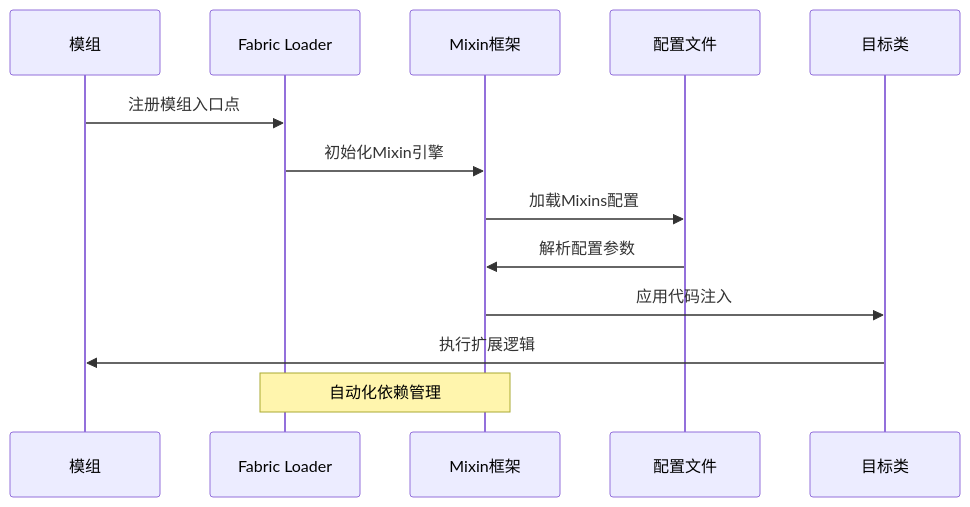
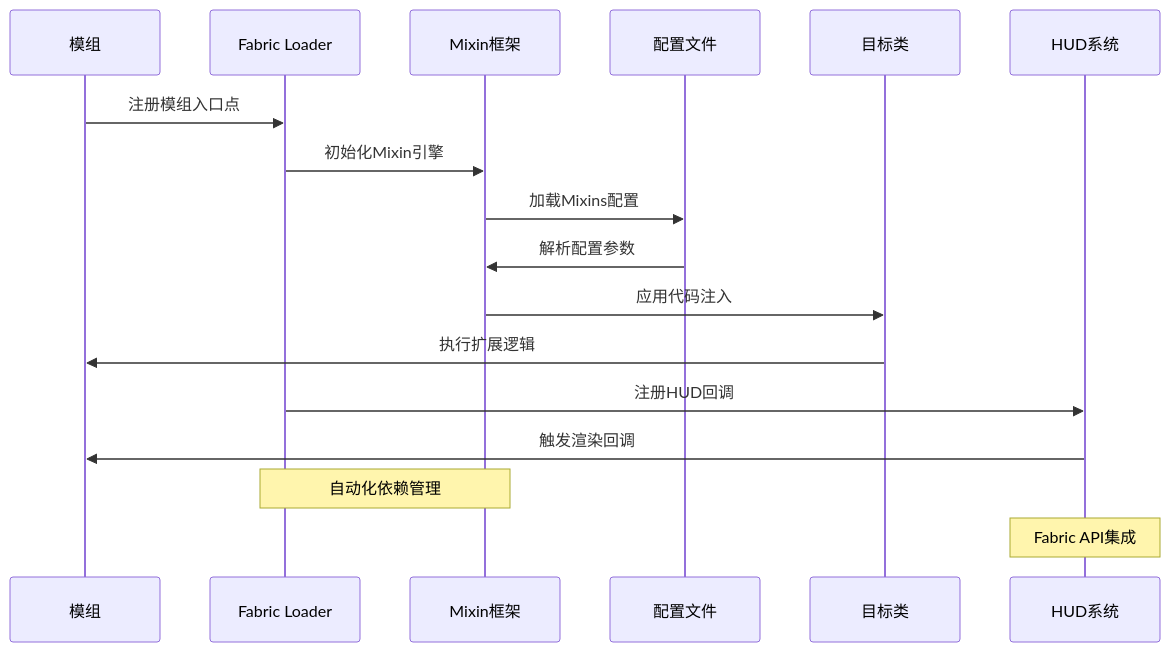
Diagram 11 of 14 in .qoder/repowiki/zh/content/Mixin代码扩展系统/Mixin代码扩展系统.md (Manager20211/AxonBodyCam2), drawn with Mermaid before and after one commit. The commit also changed other lines of this file and 11 other files, not shown here.

````diff
--- a/.qoder/repowiki/zh/content/Mixin代码扩展系统/Mixin代码扩展系统.md
+++ b/.qoder/repowiki/zh/content/Mixin代码扩展系统/Mixin代码扩展系统.md
@@ -346,15 +466,19 @@
 ```mermaid
 sequenceDiagram
 participant Mod as 模组
 participant Fabric as Fabric Loader
 participant Mixin as Mixin框架
 participant Config as 配置文件
 participant Target as 目标类
+participant HUD as HUD系统
 Mod->>Fabric : 注册模组入口点
 Fabric->>Mixin : 初始化Mixin引擎
 Mixin->>Config : 加载Mixins配置
 Config->>Mixin : 解析配置参数
 Mixin->>Target : 应用代码注入
 Target->>Mod : 执行扩展逻辑
+Fabric->>HUD : 注册HUD回调
+HUD->>Mod : 触发渲染回调
 Note over Fabric,Mixin : 自动化依赖管理
+Note over HUD : Fabric API集成
 ```
````
